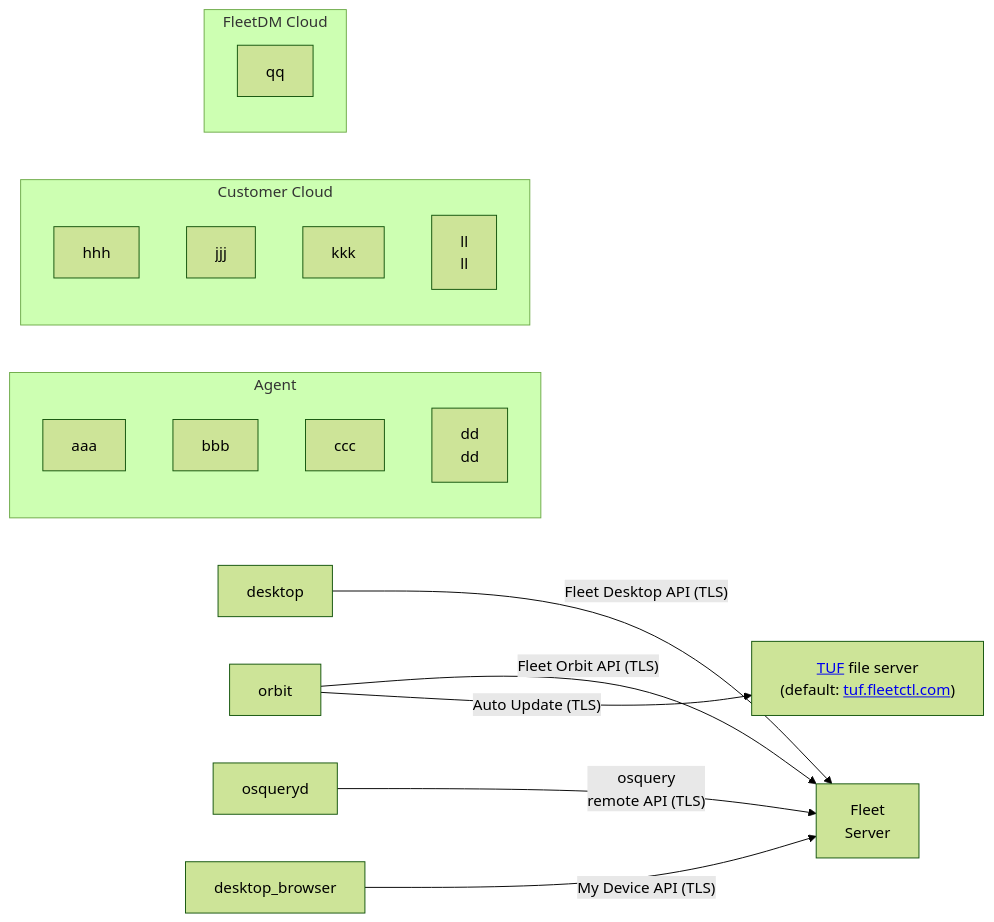
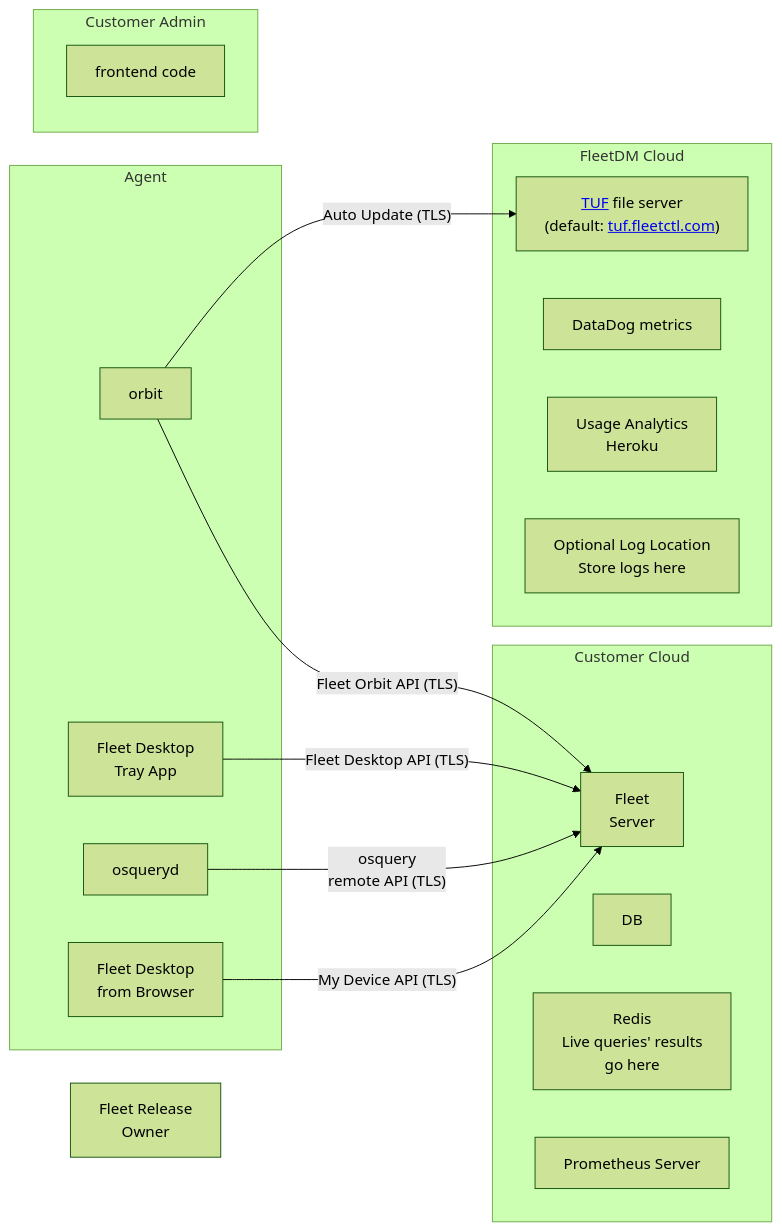
Before and after one commit to fleetdm/fleet: the second of 2 diagrams in docs/Contributing/high-level-architecture.md, drawn with Mermaid (forest theme).

````diff
--- a/docs/Contributing/high-level-architecture.md
+++ b/docs/Contributing/high-level-architecture.md
@@ -34,30 +34,37 @@
 ```mermaid
 graph LR;
-    tuf["<a href=https://theupdateframework.io/>TUF</a> file server<br>(default: <a href=https://tuf.fleetctl.com>tuf.fleetctl.com</a>)"];
-    fleet_server[Fleet<br>Server];
+    fleet_release_owner[Fleet Release<br>Owner];
 
     subgraph Agent
-        aaa[aaa];
-        bbb[bbb];
-        ccc[ccc];
-        ddd[dd<br> dd];
+        orbit[orbit];
+        desktop[Fleet Desktop<br>Tray App];
+        osqueryd[osqueryd];
+        desktop_browser[Fleet Desktop<br> from Browser];
     end
 
     subgraph Customer Cloud
-        hhh[hhh];
-        jjj[jjj];
-        kkk[kkk];
-        lll[ll<br> ll];
+        fleet_server[Fleet<br>Server];
+        db[DB];
+        redis[Redis<br>Live queries' results <br>go here];
+        prometheus[Prometheus Server];
     end
 
     subgraph FleetDM Cloud
-        qqq[qq];
+        tuf["<a href=https://theupdateframework.io/>TUF</a> file server<br>(default: <a href=https://tuf.fleetctl.com>tuf.fleetctl.com</a>)"];
+        datadog[DataDog metrics]
+        heroku[Usage Analytics<br>Heroku]
+        log[Optional Log Location<br>Store logs here]
     end
+
+    subgraph Customer Admin
+        frontend[frontend code]
+    end
+
 
     orbit -- "Fleet Orbit API (TLS)" --> fleet_server;
     desktop -- "Fleet Desktop API (TLS)" --> fleet_server;
     osqueryd -- "osquery<br>remote API (TLS)" --> fleet_server;
     desktop_browser -- "My Device API (TLS)" --> fleet_server;
 
     orbit -- "Auto Update (TLS)" --> tuf;
 ```
````
